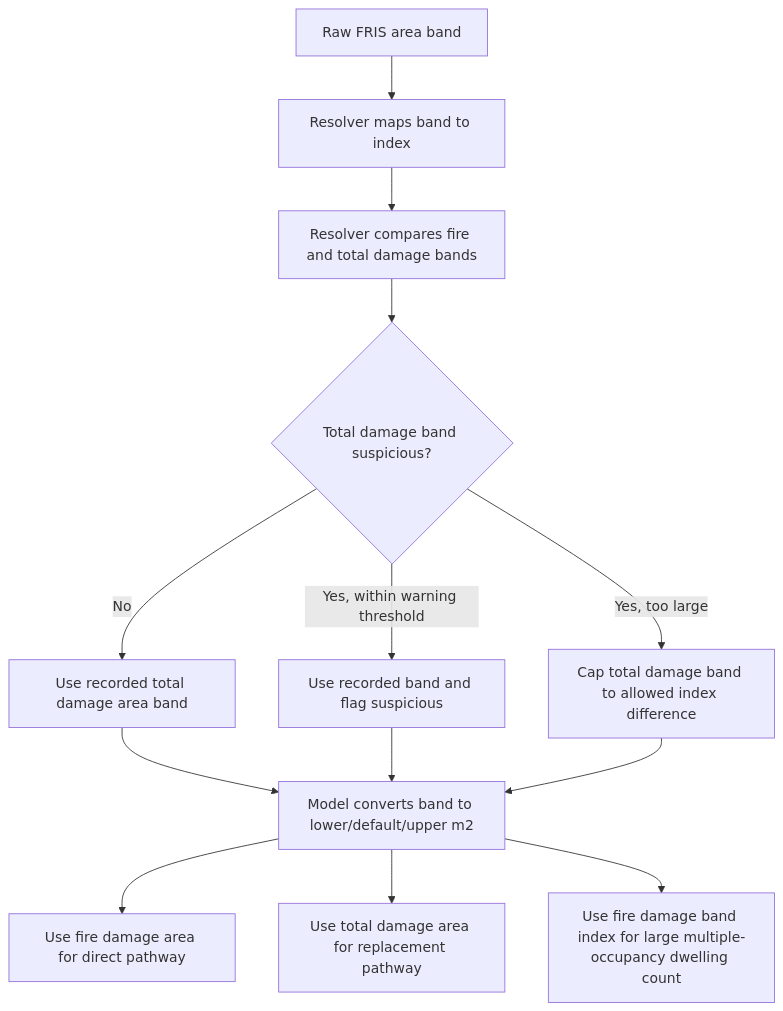
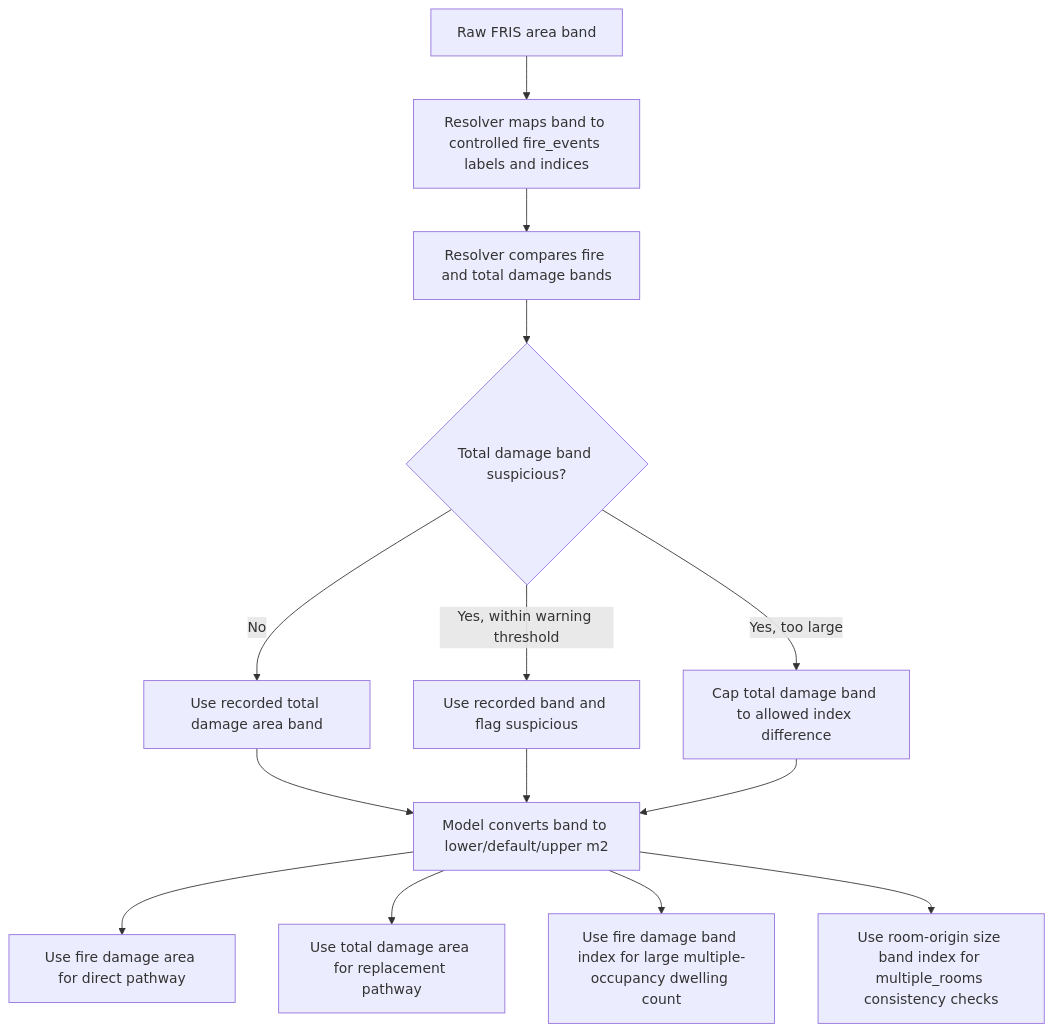
Before and after one commit to th0harr/fire-emissions: the fifth of 15 diagrams in docs/flowcharts/fire_emissions_model/fire_emissions_model_flowchart_v2.md, drawn with Mermaid. The commit also changed other lines of this file and 9 other files, not shown here.

Commit message:
Fixed errors in residual area handling, removed area bands from high/low estimates, small script to estimate band range position

````diff
--- a/docs/flowcharts/fire_emissions_model/fire_emissions_model_flowchart_v2.md
+++ b/docs/flowcharts/fire_emissions_model/fire_emissions_model_flowchart_v2.md
@@ -169,19 +178,20 @@
 ```mermaid
 flowchart TD
 
-    A[Raw FRIS area band] --> B[Resolver maps band to index]
+    A[Raw FRIS area band] --> B[Resolver maps band to controlled fire_events labels and indices]
     B --> C[Resolver compares fire and total damage bands]
     C --> D{Total damage band suspicious?}
 
     D -- No --> E[Use recorded total damage area band]
     D -- Yes, within warning threshold --> F[Use recorded band and flag suspicious]
     D -- Yes, too large --> G[Cap total damage band to allowed index difference]
 
     E --> H[Model converts band to lower/default/upper m2]
     F --> H
     G --> H
 
     H --> I[Use fire damage area for direct pathway]
     H --> J[Use total damage area for replacement pathway]
     H --> K[Use fire damage band index for large multiple-occupancy dwelling count]
+    H --> L[Use room-origin size band index for multiple_rooms consistency checks]
 ```
````
